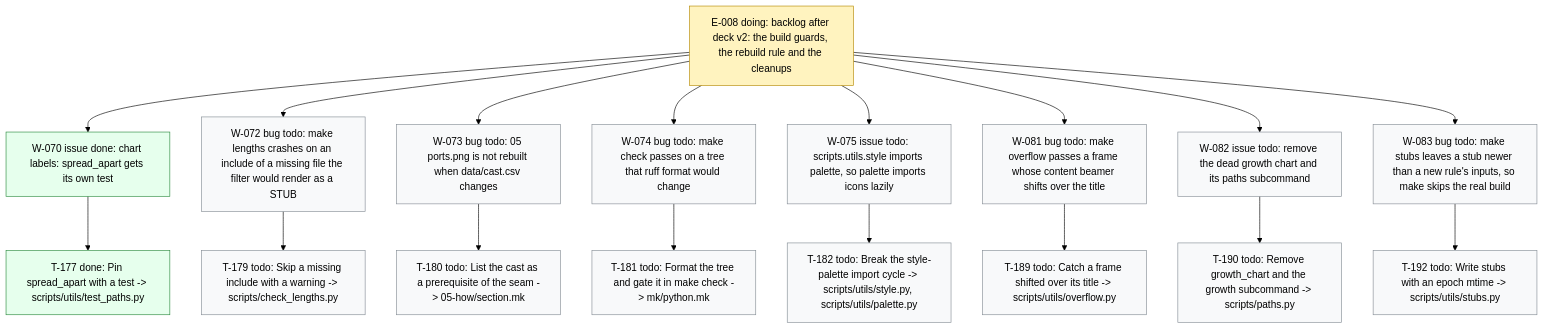
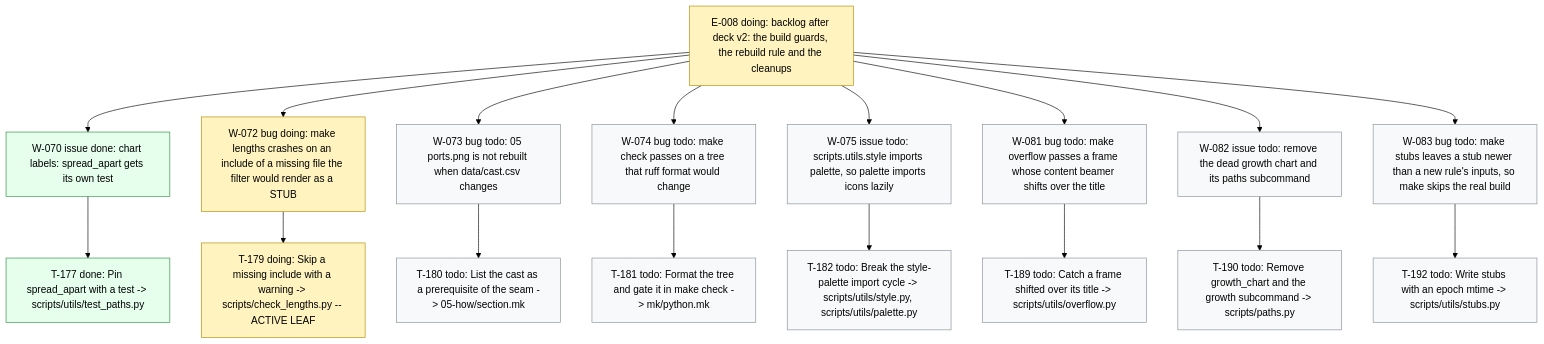
Before and after one commit to dpopchev/chaos-to-simple: the diagram in .board/BOARD.md, drawn with Mermaid (forest theme). The commit also changed other lines of this file and 2 other files, not shown here.

Commit message:
chore(board): activate W-072, start T-179
Refs: W-072 T-179

````diff
--- a/.board/BOARD.md
+++ b/.board/BOARD.md
@@ -485,28 +485,28 @@
 ```mermaid
 flowchart TD
   E008["E-008 doing: backlog after deck v2: the build guards, the rebuild rule and the cleanups"]
   E008 --> W070["W-070 issue done: chart labels: spread_apart gets its own test"]
   W070 --> T177["T-177 done: Pin spread_apart with a test -> scripts/utils/test_paths.py"]
-  E008 --> W072["W-072 bug todo: make lengths crashes on an include of a missing file the filter would render as a STUB"]
-  W072 --> T179["T-179 todo: Skip a missing include with a warning -> scripts/check_lengths.py"]
+  E008 --> W072["W-072 bug doing: make lengths crashes on an include of a missing file the filter would render as a STUB"]
+  W072 --> T179["T-179 doing: Skip a missing include with a warning -> scripts/check_lengths.py -- ACTIVE LEAF"]
   E008 --> W073["W-073 bug todo: 05 ports.png is not rebuilt when data/cast.csv changes"]
   W073 --> T180["T-180 todo: List the cast as a prerequisite of the seam -> 05-how/section.mk"]
   E008 --> W074["W-074 bug todo: make check passes on a tree that ruff format would change"]
   W074 --> T181["T-181 todo: Format the tree and gate it in make check -> mk/python.mk"]
   E008 --> W075["W-075 issue todo: scripts.utils.style imports palette, so palette imports icons lazily"]
   W075 --> T182["T-182 todo: Break the style-palette import cycle -> scripts/utils/style.py, scripts/utils/palette.py"]
   E008 --> W081["W-081 bug todo: make overflow passes a frame whose content beamer shifts over the title"]
   W081 --> T189["T-189 todo: Catch a frame shifted over its title -> scripts/utils/overflow.py"]
   E008 --> W082["W-082 issue todo: remove the dead growth chart and its paths subcommand"]
   W082 --> T190["T-190 todo: Remove growth_chart and the growth subcommand -> scripts/paths.py"]
   E008 --> W083["W-083 bug todo: make stubs leaves a stub newer than a new rule's inputs, so make skips the real build"]
   W083 --> T192["T-192 todo: Write stubs with an epoch mtime -> scripts/utils/stubs.py"]
   classDef doing fill:#fff3bf,stroke:#b58900,color:#000;
   classDef blocked fill:#ffe3e3,stroke:#c92a2a,color:#000;
   classDef done fill:#e6ffed,stroke:#2b8a3e,color:#000;
   classDef todo fill:#f8f9fa,stroke:#868e96,color:#000;
   classDef pruned fill:#f1f3f5,stroke:#adb5bd,color:#000;
-  class E008 doing
+  class E008,W072,T179 doing
   class W070,T177 done
-  class W072,T179,W073,T180,W074,T181,W075,T182,W081,T189,W082,T190,W083,T192 todo
+  class W073,T180,W074,T181,W075,T182,W081,T189,W082,T190,W083,T192 todo
 ```
````
